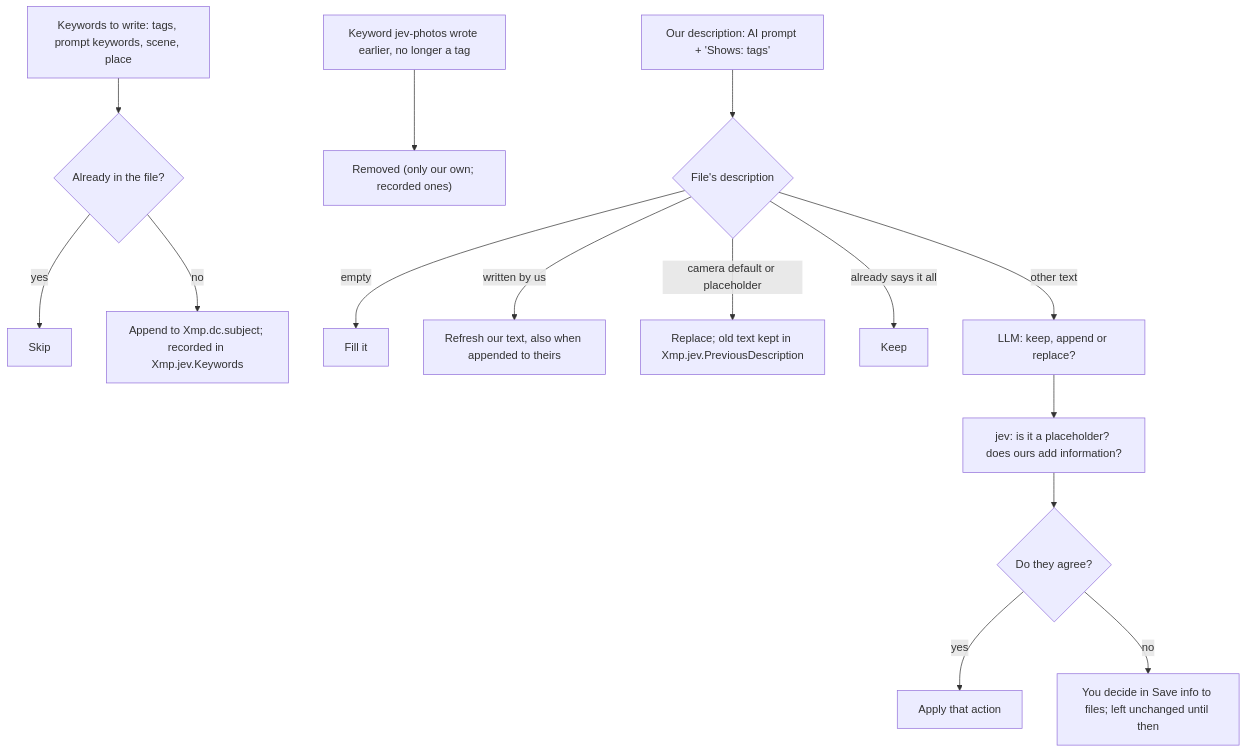
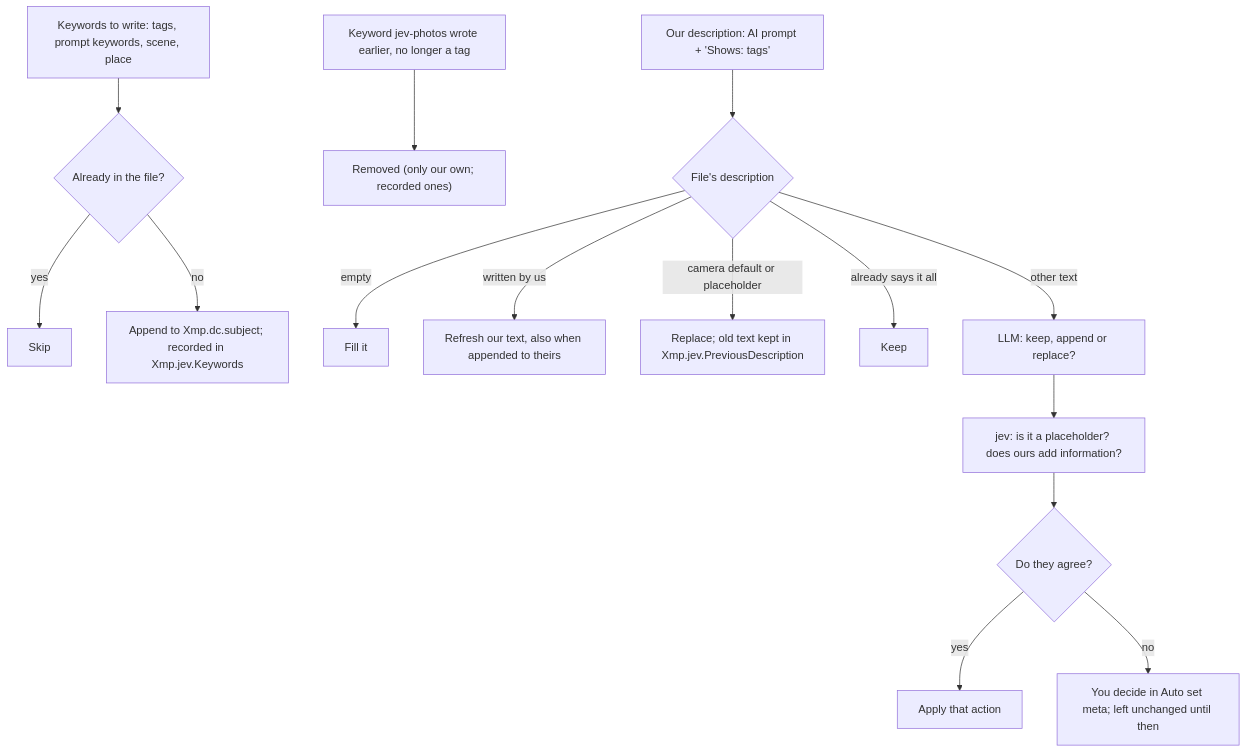
One commit to jstdlee/jev-photos changed the fourth of 4 diagrams in README.md. Above: the diagram before and after it, drawn with Mermaid. The commit also changed other lines of this file and 16 other files, not shown here.

````diff
--- a/README.md
+++ b/README.md
@@ -448,18 +463,18 @@
 ```mermaid
 flowchart TD
     K[Keywords to write: tags, prompt keywords, scene, place] --> KK{Already in the file?}
     KK -->|yes| KS[Skip]
     KK -->|no| KA["Append to Xmp.dc.subject; recorded in Xmp.jev.Keywords"]
     KO["Keyword jev-photos wrote earlier, no longer a tag"] --> KR["Removed (only our own; recorded ones)"]
 
     D["Our description: AI prompt + 'Shows: tags'"] --> E{File's description}
     E -->|empty| ADD[Fill it]
     E -->|written by us| UPD[Refresh our text, also when appended to theirs]
     E -->|camera default or placeholder| REP["Replace; old text kept in Xmp.jev.PreviousDescription"]
     E -->|already says it all| KEEP[Keep]
     E -->|other text| LLM["LLM: keep, append or replace?"]
     LLM --> JEV["jev: is it a placeholder? does ours add information?"]
     JEV --> AG{Do they agree?}
     AG -->|yes| ACT[Apply that action]
-    AG -->|no| YOU["You decide in Save info to files; left unchanged until then"]
+    AG -->|no| YOU["You decide in Auto set meta; left unchanged until then"]
 ```
````
